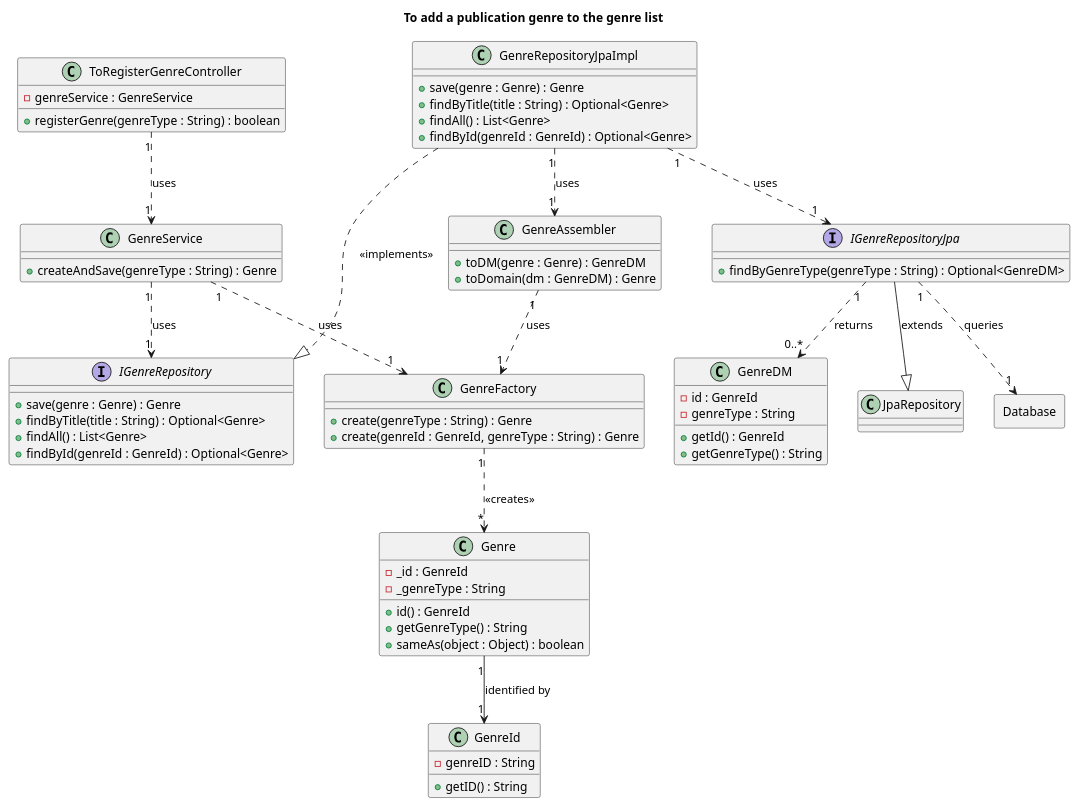
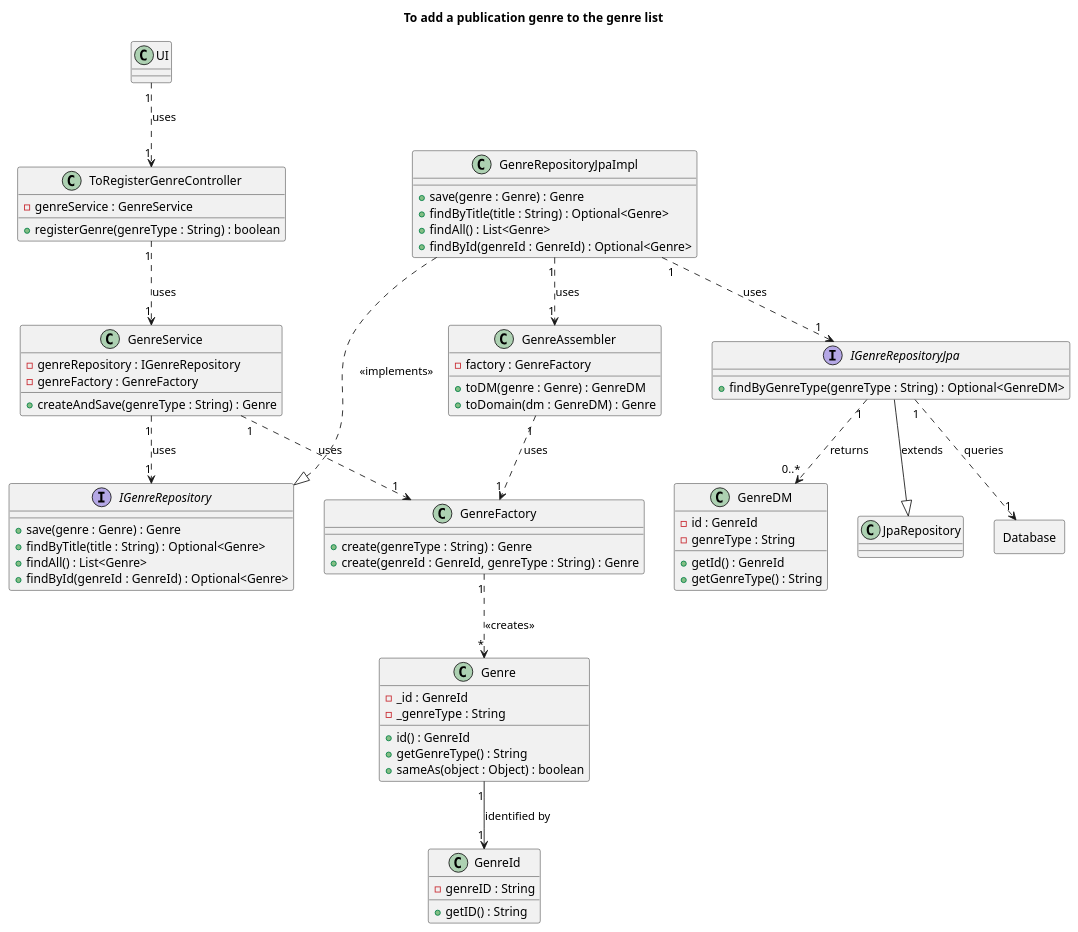
Before and after one commit to AndrePereiraGitH/SWitCH-Project-Team_A: the diagram in Diagrams/ClassDiagrams/To-add-a-publication-genre-to-the-genre-list.puml, drawn with PlantUML. The commit also changed 2 other files, not shown here.

Commit message:
fix #759: add fields to GenreService and GenreAssembler in class diagram, fix alt block logic and deactivate UI in N2, fix test indentation

```diff
--- a/Diagrams/ClassDiagrams/To-add-a-publication-genre-to-the-genre-list.puml
+++ b/Diagrams/ClassDiagrams/To-add-a-publication-genre-to-the-genre-list.puml
@@ -1,95 +1,106 @@
 @startuml
 title To add a publication genre to the genre list
+
+' _____________________
+' UI
+' _____________________
+
+class UI {
+}
 
 ' _____________________
 ' DOMAIN
 ' _____________________
 
 interface IGenreRepository {
   + save(genre : Genre) : Genre
   + findByTitle(title : String) : Optional<Genre>
   + findAll() : List<Genre>
   + findById(genreId : GenreId) : Optional<Genre>
 }
 
 class Genre {
   - _id : GenreId
   - _genreType : String
   + id() : GenreId
   + getGenreType() : String
   + sameAs(object : Object) : boolean
 }
 
 class GenreId {
   - genreID : String
   + getID() : String
 }
 
 class GenreFactory {
   + create(genreType : String) : Genre
   + create(genreId : GenreId, genreType : String) : Genre
 }
 
 Genre "1" --> "1" GenreId : identified by
 GenreFactory "1" ..> "*" Genre : <<creates>>
 
 ' ______________________
 ' APPLICATION
 ' ______________________
 
 class ToRegisterGenreController {
   - genreService : GenreService
   + registerGenre(genreType : String) : boolean
 }
 
 class GenreService {
+  - genreRepository : IGenreRepository
+  - genreFactory : GenreFactory
   + createAndSave(genreType : String) : Genre
 }
 
 ' ___________________
 ' PERSISTENCE
 ' ___________________
 
 class GenreRepositoryJpaImpl {
   + save(genre : Genre) : Genre
   + findByTitle(title : String) : Optional<Genre>
   + findAll() : List<Genre>
   + findById(genreId : GenreId) : Optional<Genre>
 }
 
 interface IGenreRepositoryJpa {
   + findByGenreType(genreType : String) : Optional<GenreDM>
 }
 
 class GenreAssembler {
+  - factory : GenreFactory
   + toDM(genre : Genre) : GenreDM
   + toDomain(dm : GenreDM) : Genre
 }
 
 class GenreDM {
   - id : GenreId
   - genreType : String
   + getId() : GenreId
   + getGenreType() : String
 }
 
 rectangle Database {
 }
 
 GenreRepositoryJpaImpl ..|> IGenreRepository : <<implements>>
 GenreRepositoryJpaImpl "1" ..> "1" IGenreRepositoryJpa : uses
 GenreRepositoryJpaImpl "1" ..> "1" GenreAssembler : uses
 IGenreRepositoryJpa --|> JpaRepository : extends
 GenreAssembler "1" ..> "1" GenreFactory : uses
 IGenreRepositoryJpa "1" ..> "0..*" GenreDM : returns
 IGenreRepositoryJpa "1" ..> "1" Database : queries
 
 ' _____________________
 ' DEPENDENCIES
 ' _____________________
 
+UI "1" ..> "1" ToRegisterGenreController : uses
 ToRegisterGenreController "1" ..> "1" GenreService : uses
 GenreService "1" ..> "1" IGenreRepository : uses
 GenreService "1" ..> "1" GenreFactory : uses
 
 @enduml
```
